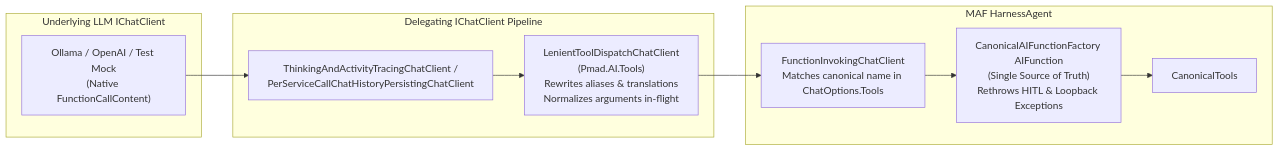
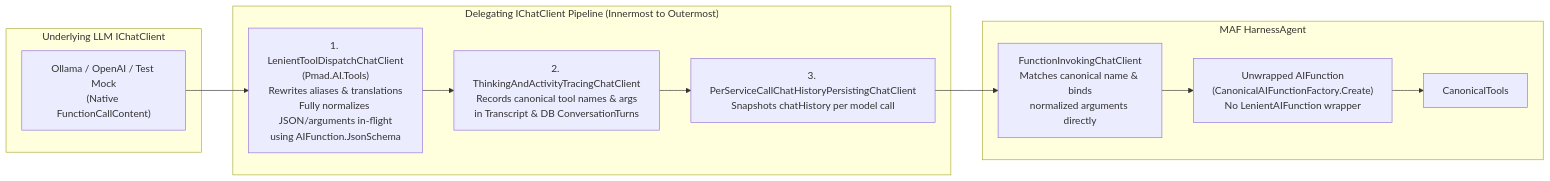
The diagram in docs/fixes/STEP_11_43B_PMAD_AI_LENIENT_TOOL_DISPATCHER_AND_DELEGATING_CHAT_CLIENT_MIGRATION.md (jetelain/NightCodeForge), drawn with Mermaid before and after one commit. The commit also changed other lines of this file and 1 other file, not shown here.

````diff
--- a/docs/fixes/STEP_11_43B_PMAD_AI_LENIENT_TOOL_DISPATCHER_AND_DELEGATING_CHAT_CLIENT_MIGRATION.md
+++ b/docs/fixes/STEP_11_43B_PMAD_AI_LENIENT_TOOL_DISPATCHER_AND_DELEGATING_CHAT_CLIENT_MIGRATION.md
@@ -39,19 +39,20 @@
 ```mermaid
 flowchart LR
     subgraph LLM["Underlying LLM IChatClient"]
         Raw["Ollama / OpenAI / Test Mock<br/>(Native FunctionCallContent)"]
     end
 
-    subgraph Pipeline["Delegating IChatClient Pipeline"]
-        Tracing["ThinkingAndActivityTracingChatClient /<br/>PerServiceCallChatHistoryPersistingChatClient"]
-        Dispatch["LenientToolDispatchChatClient<br/>(Pmad.AI.Tools)<br/>Rewrites aliases &amp; translations<br/>Normalizes arguments in-flight"]
+    subgraph Pipeline["Delegating IChatClient Pipeline (Innermost to Outermost)"]
+        Dispatch["1. LenientToolDispatchChatClient<br/>(Pmad.AI.Tools)<br/>Rewrites aliases &amp; translations<br/>Fully normalizes JSON/arguments in-flight<br/>using AIFunction.JsonSchema"]
+        Tracing["2. ThinkingAndActivityTracingChatClient<br/>Records canonical tool names &amp; args<br/>in Transcript &amp; DB ConversationTurns"]
+        Persist["3. PerServiceCallChatHistoryPersistingChatClient<br/>Snapshots chatHistory per model call"]
     end
 
     subgraph MAF["MAF HarnessAgent"]
-        FIC["FunctionInvokingChatClient<br/>Matches canonical name in ChatOptions.Tools"]
-        Fn["CanonicalAIFunctionFactory AIFunction<br/>(Single Source of Truth)<br/>Rethrows HITL &amp; Loopback Exceptions"]
+        FIC["FunctionInvokingChatClient<br/>Matches canonical name &amp; binds<br/>normalized arguments directly"]
+        Fn["Unwrapped AIFunction<br/>(CanonicalAIFunctionFactory.Create)<br/>No LenientAIFunction wrapper"]
         Tools["CanonicalTools"]
     end
 
-    Raw --> Tracing --> Dispatch --> FIC --> Fn --> Tools
+    Raw --> Dispatch --> Tracing --> Persist --> FIC --> Fn --> Tools
 ```
````
